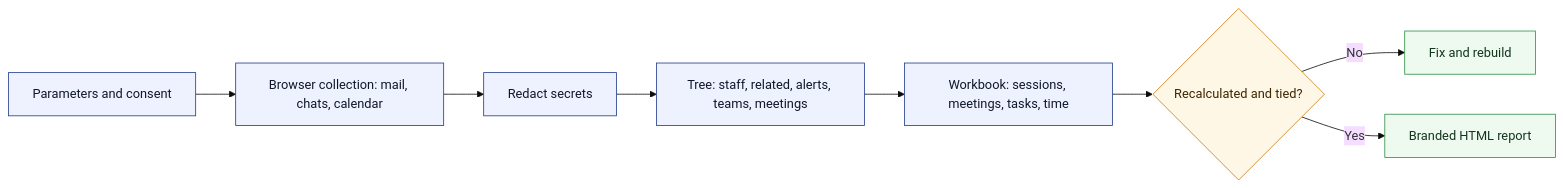
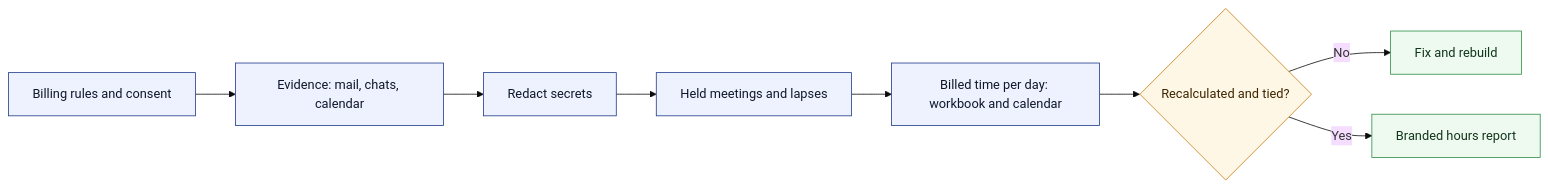
The diagram in assets/diagrams/workflow.mmd (CompleteTech-LLC/org-time-tracking-skill), drawn with Mermaid (base theme) before and after one commit. The commit also changed 13 other files, not shown here.

First line of the commit message:
Reposition as org-time-tracking: time first, communications as evidence

```diff
--- a/assets/diagrams/workflow.mmd
+++ b/assets/diagrams/workflow.mmd
@@ -1,14 +1,14 @@
 flowchart LR
-  A[Parameters and consent] --> B[Browser collection: mail, chats, calendar]
+  A[Billing rules and consent] --> B[Evidence: mail, chats, calendar]
   B --> C[Redact secrets]
-  C --> D[Tree: staff, related, alerts, teams, meetings]
-  D --> E[Workbook: sessions, meetings, tasks, time]
+  C --> D[Held meetings and lapses]
+  D --> E[Billed time per day: workbook and calendar]
   E --> F{Recalculated and tied?}
   F -->|No| G[Fix and rebuild]
-  F -->|Yes| H[Branded HTML report]
+  F -->|Yes| H[Branded hours report]
   classDef source fill:#eef2ff,stroke:#1e3a8a,color:#0f172a;
   classDef gate fill:#fff7e6,stroke:#c97a12,color:#3d2600;
   classDef output fill:#eefaf0,stroke:#2f8f46,color:#12351d;
   class A,B,C,D,E source;
   class F gate;
   class G,H output;
```
